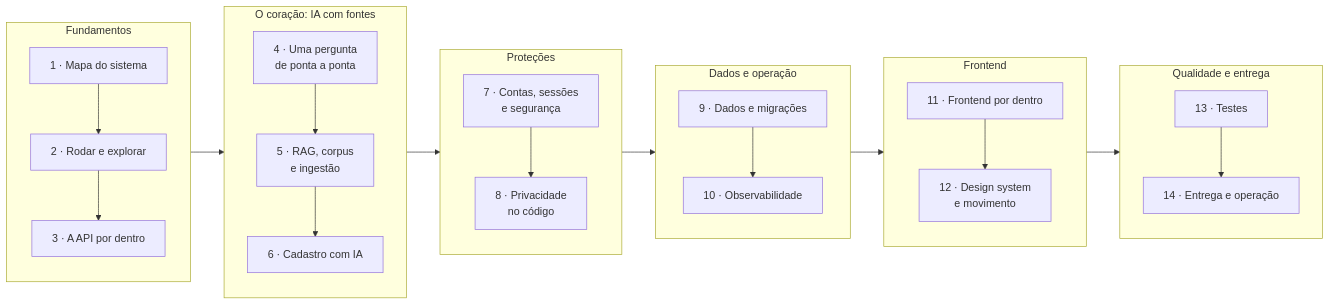
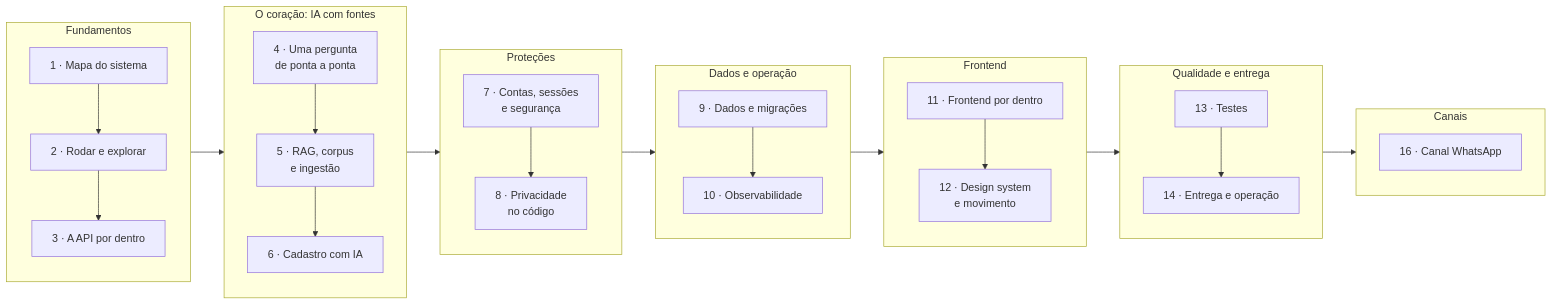
One commit to Tiodevs/AI-Chat changed the diagram in docs/guia/README.md. Above: the diagram before and after it, drawn with Mermaid. The commit also changed other lines of this file and 28 other files, not shown here.

First line of the commit message:
docs: SDD 1.28, plano, guia e privacidade com o canal WhatsApp

````diff
--- a/docs/guia/README.md
+++ b/docs/guia/README.md
@@ -10,22 +10,25 @@
 ```mermaid
 flowchart LR
   subgraph base["Fundamentos"]
     p1["1 · Mapa do sistema"] --> p2["2 · Rodar e explorar"] --> p3["3 · A API por dentro"]
   end
   subgraph ia["O coração: IA com fontes"]
     p4["4 · Uma pergunta<br/>de ponta a ponta"] --> p5["5 · RAG, corpus<br/>e ingestão"] --> p6["6 · Cadastro com IA"]
   end
   subgraph protecao["Proteções"]
     p7["7 · Contas, sessões<br/>e segurança"] --> p8["8 · Privacidade<br/>no código"]
   end
   subgraph dados["Dados e operação"]
     p9["9 · Dados e migrações"] --> p10["10 · Observabilidade"]
   end
   subgraph web["Frontend"]
     p11["11 · Frontend por dentro"] --> p12["12 · Design system<br/>e movimento"]
   end
   subgraph entrega["Qualidade e entrega"]
     p13["13 · Testes"] --> p14["14 · Entrega e operação"]
   end
-  base --> ia --> protecao --> dados --> web --> entrega
+  subgraph canais["Canais"]
+    p16["16 · Canal WhatsApp"]
+  end
+  base --> ia --> protecao --> dados --> web --> entrega --> canais
 ```
````
